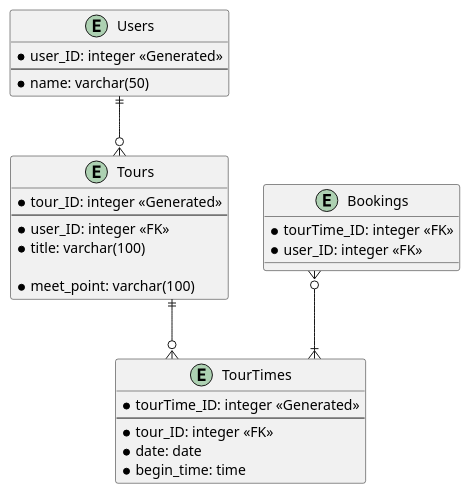
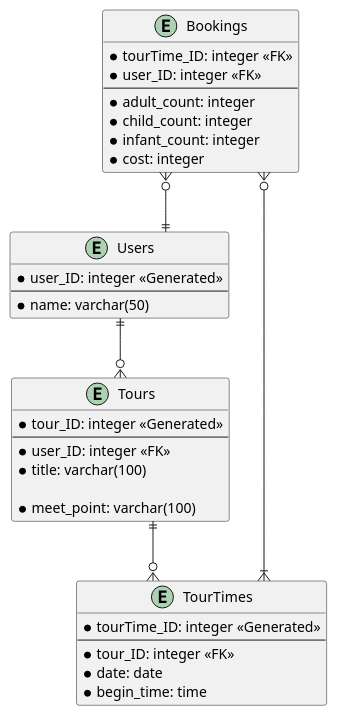
One commit to WaalerThomas/ITF20319_Gruppe13 changed the diagram in models/database.puml. Above: the diagram before and after it, drawn with PlantUML. The commit also changed 2 other files, not shown here.

```diff
--- a/models/database.puml
+++ b/models/database.puml
@@ -1,36 +1,42 @@
 @startuml
 skinparam linetype ortho
 
 entity Users {
     *user_ID: integer <<Generated>>
     --
     *name: varchar(50)
 }
 
 entity Tours {
     *tour_ID: integer <<Generated>>
     --
     *user_ID: integer <<FK>>
     *title: varchar(100)
 
     *meet_point: varchar(100)
 }
 
 entity TourTimes {
     *tourTime_ID: integer <<Generated>>
     --
     *tour_ID: integer <<FK>>
     *date: date
     *begin_time: time
 }
 
 entity Bookings {
     *tourTime_ID: integer <<FK>>
     *user_ID: integer <<FK>>
+    --
+    *adult_count: integer
+    *child_count: integer
+    *infant_count: integer
+    *cost: integer
 }
 
 Users ||--o{ Tours
 Tours ||--o{ TourTimes
 Bookings }o--|{ TourTimes
+Bookings }o--|| Users
 
 @enduml
```
